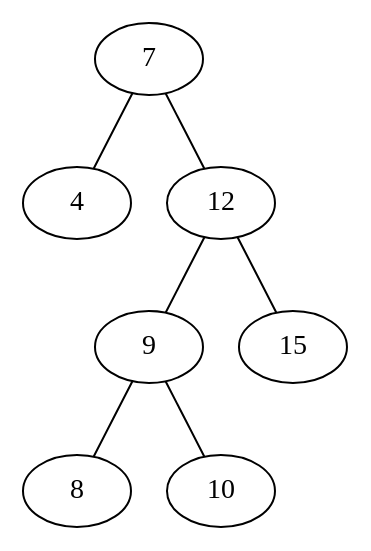
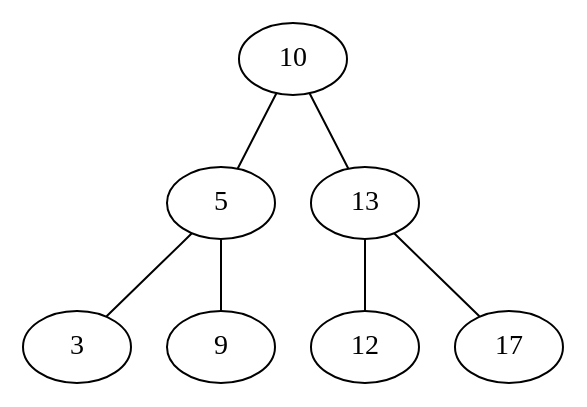
Before and after one commit to patrickToca/gotree: the diagram in tree/avlviz/avl19.dot, drawn with Graphviz. The commit also changed 9 other files, not shown here.

```diff
--- a/tree/avlviz/avl19.dot
+++ b/tree/avlviz/avl19.dot
@@ -1,8 +1,8 @@
 graph tree {
-	7 -- 4
-	7 -- 12
-	12 -- 9
-	12 -- 15
-	9 -- 8
-	9 -- 10
+	10 -- 5
+	10 -- 13
+	5 -- 3
+	5 -- 9
+	13 -- 12
+	13 -- 17
 }
```
